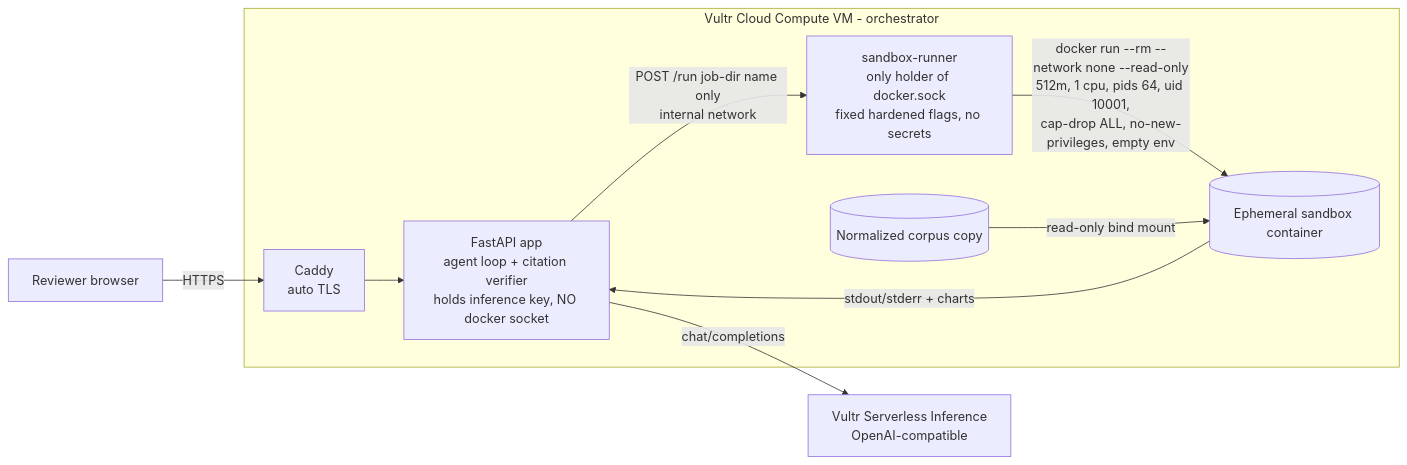
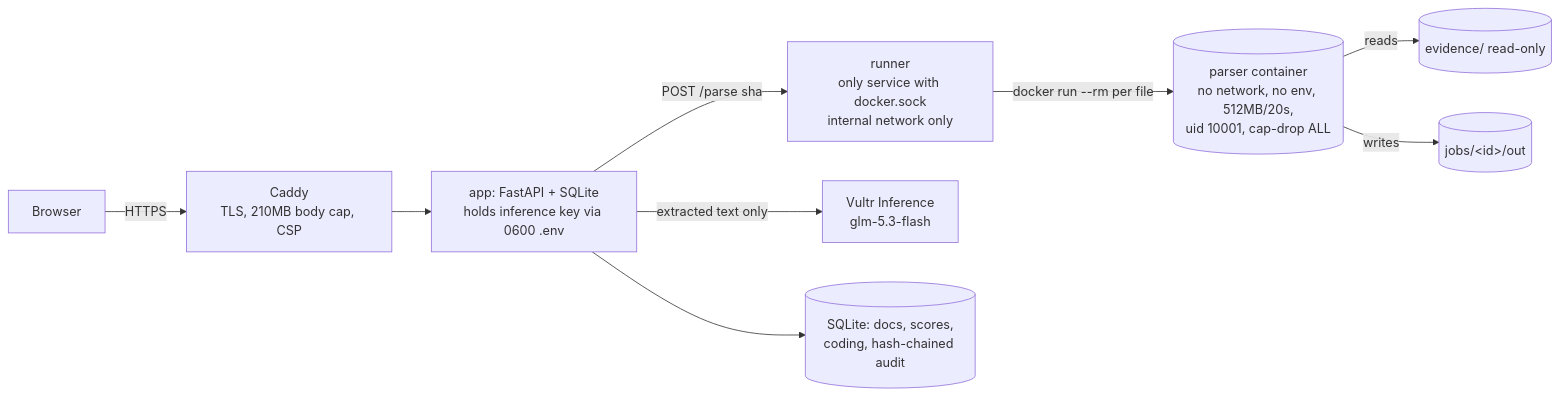
One commit to banksythequantLab/prove-it-ediscovery changed the diagram in README.md. Above: the diagram before and after it, drawn with Mermaid. The commit also changed other lines of this file and 90 other files, not shown here.

Commit message:
Rework: sandboxed eDiscovery first-pass review (ingest, analytics, glm-5.3-flash scoring w/ quote verification, review queue, QC, custody, exports)

````diff
--- a/README.md
+++ b/README.md
@@ -21,12 +26,11 @@
 ```mermaid
 flowchart LR
-  U[Reviewer browser] -->|HTTPS| C[Caddy<br/>auto TLS]
-  subgraph VM[Vultr Cloud Compute VM - orchestrator]
-    C --> A[FastAPI app<br/>agent loop + citation verifier<br/>holds inference key, NO docker socket]
-    A -->|POST /run job-dir name only<br/>internal network| R[sandbox-runner<br/>only holder of docker.sock<br/>fixed hardened flags, no secrets]
-    R -->|docker run --rm --network none --read-only<br/>512m, 1 cpu, pids 64, uid 10001,<br/>cap-drop ALL, no-new-privileges, empty env| S[(Ephemeral sandbox container)]
-    N[(Normalized corpus copy)] -->|read-only bind mount| S
-    S -->|stdout/stderr + charts| A
-  end
-  A -->|chat/completions| V[Vultr Serverless Inference<br/>OpenAI-compatible]
+  U[Browser] -->|HTTPS| C[Caddy<br/>TLS, 210MB body cap, CSP]
+  C --> A[app: FastAPI + SQLite<br/>holds inference key via 0600 .env]
+  A -->|POST /parse sha| R[runner<br/>only service with docker.sock<br/>internal network only]
+  R -->|docker run --rm per file| P[(parser container<br/>no network, no env, 512MB/20s,<br/>uid 10001, cap-drop ALL)]
+  P -->|reads| E[(evidence/ read-only)]
+  P -->|writes| J[(jobs/&lt;id&gt;/out)]
+  A -->|extracted text only| V[Vultr Inference<br/>glm-5.3-flash]
+  A --> D[(SQLite: docs, scores,<br/>coding, hash-chained audit)]
 ```
````
